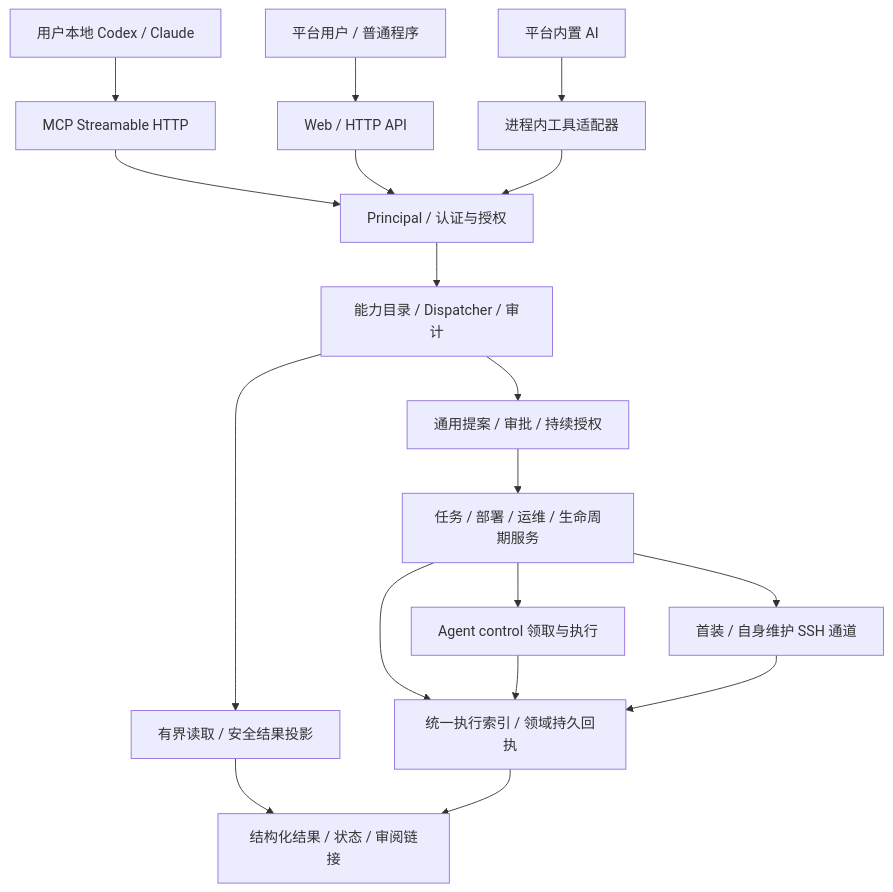
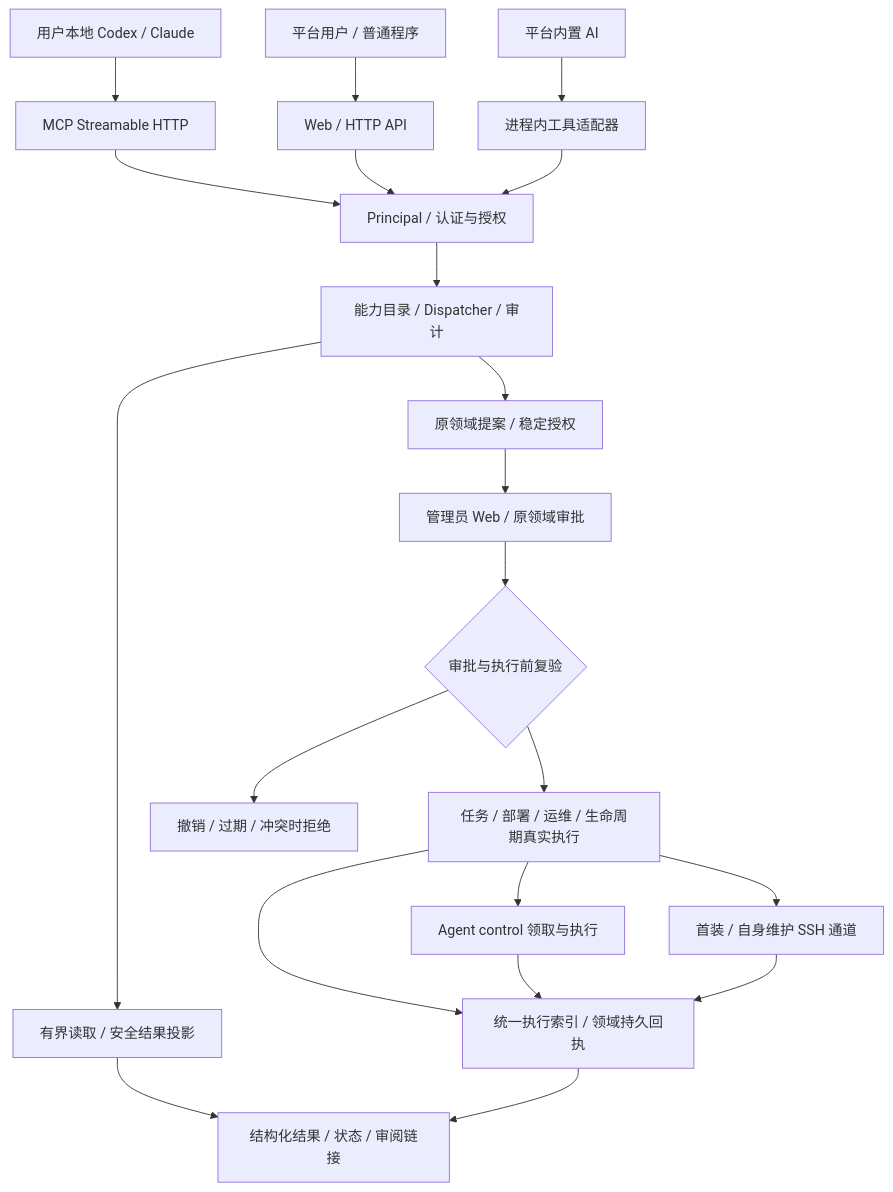
The first of 3 diagrams in docs/platform-mcp.md (workhold/lightmoni), drawn with Mermaid before and after one commit. The commit also changed other lines of this file and 15 other files, not shown here.

````diff
--- a/docs/platform-mcp.md
+++ b/docs/platform-mcp.md
@@ -15,20 +15,23 @@
 ```mermaid
 flowchart TB
   Local[用户本地 Codex / Claude] --> MCP[MCP Streamable HTTP]
   Human[平台用户 / 普通程序] --> HTTP[Web / HTTP API]
   AI[平台内置 AI] --> Internal[进程内工具适配器]
   MCP --> Gate[Principal / 认证与授权]
   HTTP --> Gate
   Internal --> Gate
   Gate --> Dispatch[能力目录 / Dispatcher / 审计]
   Dispatch --> Read[有界读取 / 安全结果投影]
-  Dispatch --> Proposal[通用提案 / 审批 / 持续授权]
-  Proposal --> Domain[任务 / 部署 / 运维 / 生命周期服务]
+  Dispatch --> Proposal[原领域提案 / 稳定授权]
+  Proposal --> Review[管理员 Web / 原领域审批]
+  Review --> Recheck{审批与执行前复验}
+  Recheck --> Domain[任务 / 部署 / 运维 / 生命周期真实执行]
+  Recheck --> Reject[撤销 / 过期 / 冲突时拒绝]
   Domain --> Index[统一执行索引 / 领域持久回执]
   Domain --> Agent[Agent control 领取与执行]
   Domain --> SSH[首装 / 自身维护 SSH 通道]
   Agent --> Index
   SSH --> Index
   Read --> Result[结构化结果 / 状态 / 审阅链接]
   Index --> Result
 ```
````
